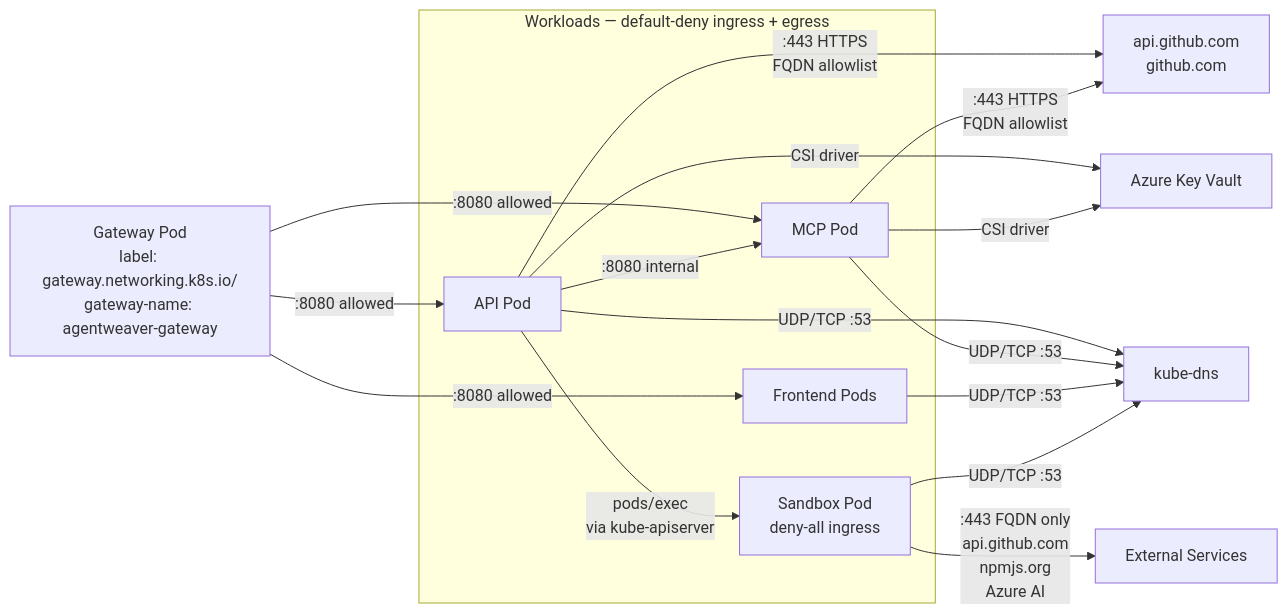
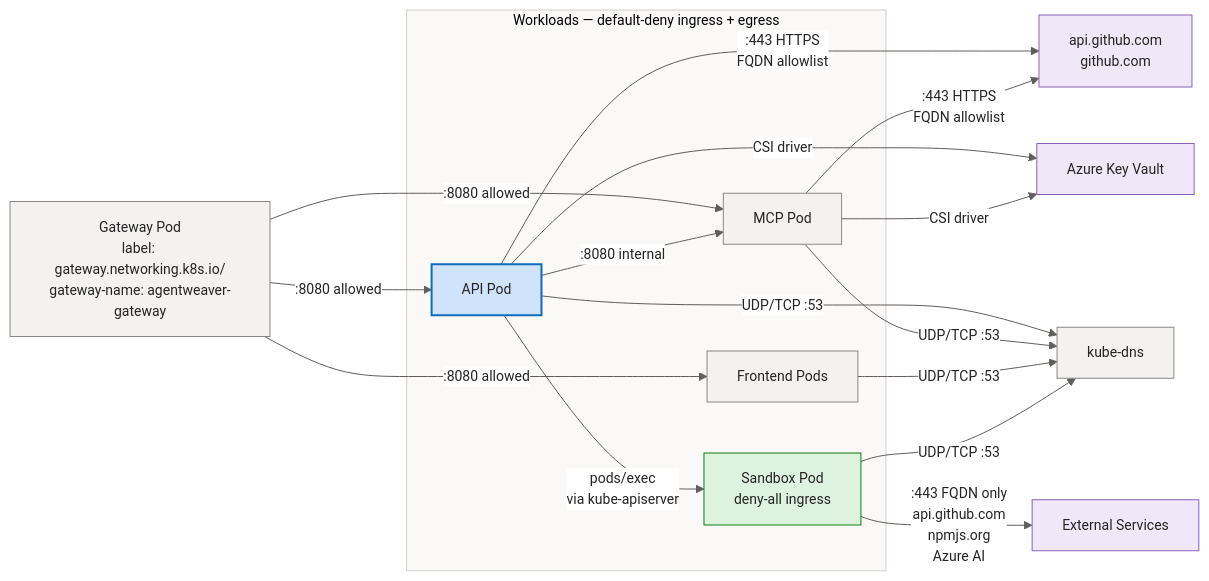
Before and after one commit to sabbour/agentweaver: the fourth of 5 diagrams in docs/architecture-aks.md, drawn with Mermaid. The commit also changed other lines of this file and 13 other files, not shown here.

````diff
--- a/docs/architecture-aks.md
+++ b/docs/architecture-aks.md
@@ -120,25 +180,39 @@
 ```mermaid
+%%{init: {'theme':'base','themeVariables':{'fontFamily':'Segoe UI, system-ui, -apple-system, sans-serif','fontSize':'14px','primaryColor':'#E8EEF9','primaryBorderColor':'#0F6CBD','primaryTextColor':'#242424','lineColor':'#605E5C','clusterBkg':'#FAF9F8','clusterBorder':'#D2D0CE','edgeLabelBackground':'#FFFFFF'}}}%%
 flowchart LR
     GW["Gateway Pod<br/>label: gateway.networking.k8s.io/<br/>gateway-name: agentweaver-gateway"]
 
     subgraph workloads["Workloads — default-deny ingress + egress"]
         API["API Pod"]
         MCP["MCP Pod"]
         FE["Frontend Pods"]
         SB["Sandbox Pod<br/>deny-all ingress"]
     end
 
     GW -->|":8080 allowed"| API
     GW -->|":8080 allowed"| MCP
     GW -->|":8080 allowed"| FE
 
     API -->|":8080 internal"| MCP
     API -->|"pods/exec<br/>via kube-apiserver"| SB
 
     API & MCP -->|":443 HTTPS<br/>FQDN allowlist"| GH["api.github.com<br/>github.com"]
     API & MCP -->|"CSI driver"| KV["Azure Key Vault"]
     API & MCP & FE -->|"UDP/TCP :53"| DNS["kube-dns"]
 
     SB -->|":443 FQDN only<br/>api.github.com<br/>npmjs.org<br/>Azure AI"| EXT["External Services"]
     SB -->|"UDP/TCP :53"| DNS
+
+    classDef client fill:#E8EEF9,stroke:#0F6CBD,stroke-width:1px,color:#242424;
+    classDef svc fill:#F3F2F1,stroke:#8A8886,stroke-width:1px,color:#242424;
+    classDef core fill:#CFE4FA,stroke:#0F6CBD,stroke-width:2px,color:#242424;
+    classDef data fill:#FFF4CE,stroke:#C19C00,stroke-width:1px,color:#242424;
+    classDef ext fill:#F0E8F8,stroke:#8764B8,stroke-width:1px,color:#242424;
+    classDef runtime fill:#DDF3DD,stroke:#107C10,stroke-width:1px,color:#242424;
+    classDef evt fill:#D6F0F0,stroke:#038387,stroke-width:1px,color:#242424;
+
+    class GW,MCP,FE,DNS svc;
+    class API core;
+    class SB runtime;
+    class GH,KV,EXT ext;
 ```
````
